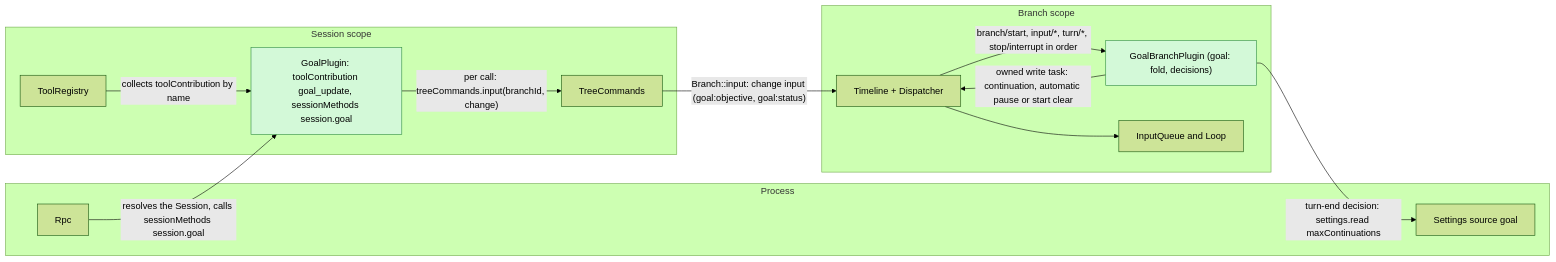
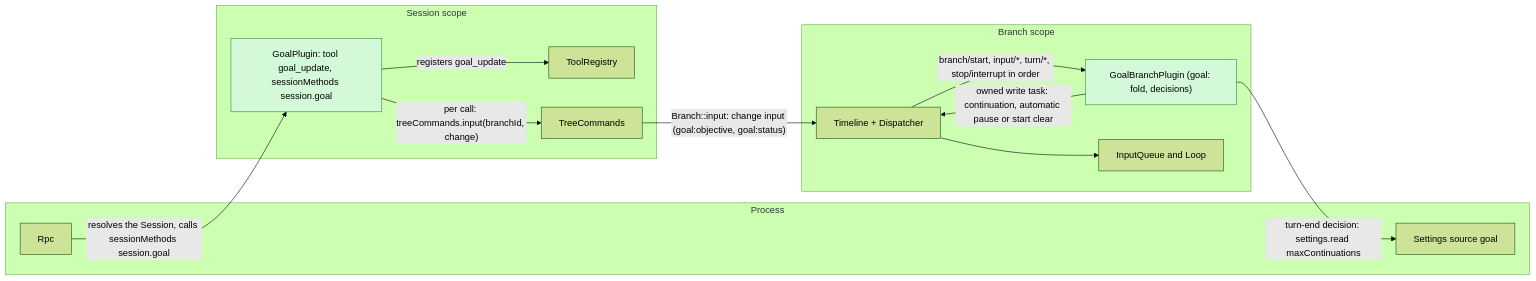
One commit to CoutinhoTTS/dim-agent changed the first of 7 diagrams in docs/design/plugins/Goal.md. Above: the diagram before and after it, drawn with Mermaid (forest theme). The commit also changed other lines of this file and 101 other files, not shown here.

````diff
--- a/docs/design/plugins/Goal.md
+++ b/docs/design/plugins/Goal.md
@@ -11,26 +11,26 @@
 ```mermaid
 flowchart LR
   subgraph PROC["Process"]
     Rpc["Rpc"]
     Settings["Settings source goal"]
   end
   subgraph SESS["Session scope"]
-    GS["GoalPlugin: toolContribution goal_update, sessionMethods session.goal"]:::new
+    GS["GoalPlugin: tool goal_update, sessionMethods session.goal"]:::new
     TR["ToolRegistry"]
     TC["TreeCommands"]
   end
   subgraph BR["Branch scope"]
     GB["GoalBranchPlugin (goal: fold, decisions)"]:::new
     TL["Timeline + Dispatcher"]
     IQ["InputQueue and Loop"]
   end
-  TR -- "collects toolContribution by name" --> GS
+  GS -- "registers goal_update" --> TR
   Rpc -- "resolves the Session, calls sessionMethods session.goal" --> GS
   GS -- "per call: treeCommands.input(branchId, change)" --> TC
   TC -- "Branch::input: change input (goal:objective, goal:status)" --> TL
   TL -- "branch/start, input/*, turn/*, stop/interrupt in order" --> GB
   GB -- "owned write task: continuation, automatic pause or start clear" --> TL
   GB -- "turn-end decision: settings.read maxContinuations" --> Settings
   TL --> IQ
   classDef new fill:#d3f9d8,stroke:#2b8a3e,color:#000
 ```
````
